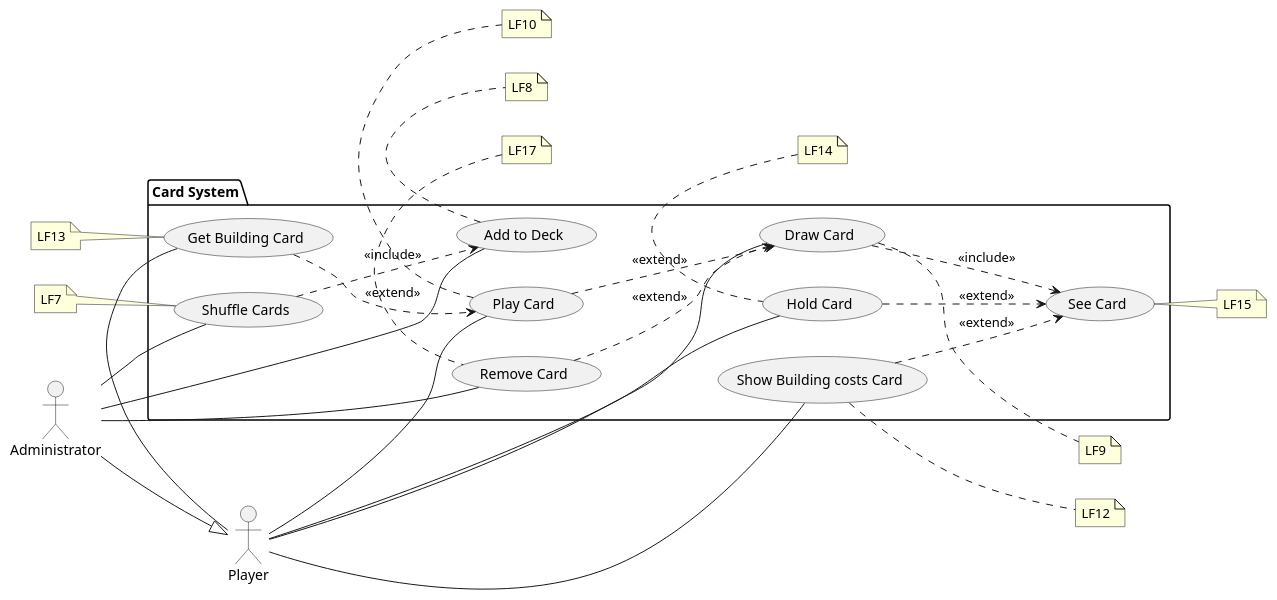
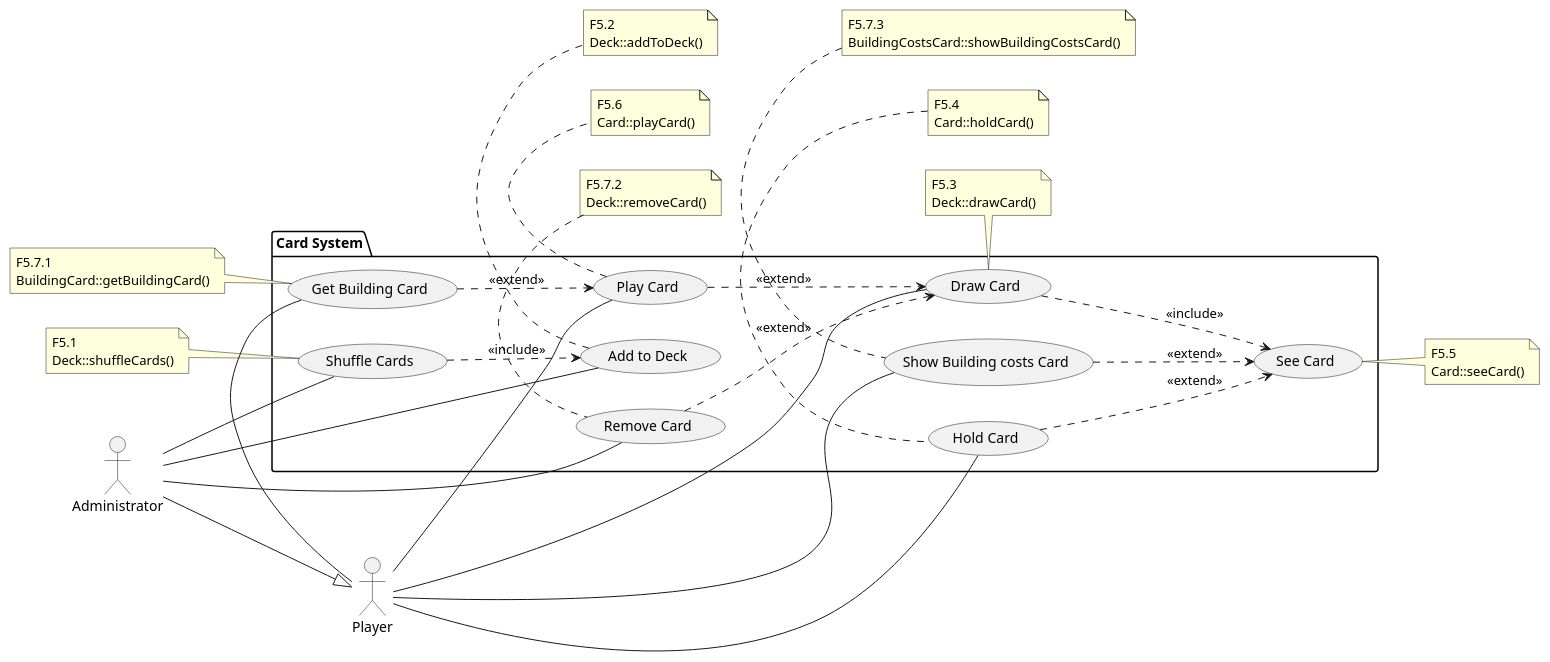
Before and after one commit to samshady/UML_Diagramme: the diagram in card_system_paket.puml, drawn with PlantUML. The commit also changed 4 other files, not shown here.

```diff
--- a/card_system_paket.puml
+++ b/card_system_paket.puml
@@ -1,45 +1,45 @@
 @startuml
 
 left to right direction
 
 actor Player
 actor Administrator
 package "Card System" {
   usecase "Draw Card"
   usecase "Play Card"
   usecase "See Card"
   usecase "Hold Card"
   usecase "Show Building costs Card"
   usecase "Shuffle Cards"
   usecase "Add to Deck"
   usecase "Get Building Card"
   usecase "Remove Card"
 }
 
 Player -- "Draw Card"
 Player -l- "Show Building costs Card"
 Player -- "Play Card"
 Player -- "Hold Card"
 Player -- "Get Building Card"
 Administrator -- "Shuffle Cards"
 Administrator -- "Add to Deck"
 Administrator -- "Remove Card"
 Administrator --|> Player
 
 "Play Card" ..> "Draw Card" : <<extend>>
 "Get Building Card" ..> "Play Card" : <<extend>>
 "Draw Card" ..> "See Card" : <<include>>
 "Hold Card" ..> "See Card" : <<extend>>
 "Show Building costs Card" ..> "See Card" : <<extend>>
 "Shuffle Cards" ..> "Add to Deck" : <<include>>
 "Remove Card" ..> "Draw Card" : <<extend>>
-note right of "Draw Card" : LF9
-note bottom of "Play Card" : LF10
-note right of "See Card" : LF15
-note top of "Hold Card" : LF14
-note right of "Show Building costs Card" : LF12
-note left of "Shuffle Cards" : LF7
-note bottom of "Add to Deck" : LF8
-note left of "Get Building Card" : LF13
-note top of "Remove Card" : LF17
+note top of "Draw Card" : F5.3 \nDeck::drawCard()
+note bottom of "Play Card" : F5.6 \nCard::playCard()
+note right of "See Card" : F5.5 \nCard::seeCard()
+note top of "Hold Card" : F5.4 \nCard::holdCard()
+note top of "Show Building costs Card" : F5.7.3 \nBuildingCostsCard::showBuildingCostsCard()
+note left of "Shuffle Cards" : F5.1 \nDeck::shuffleCards()
+note bottom of "Add to Deck" : F5.2 \nDeck::addToDeck()
+note left of "Get Building Card" : F5.7.1 \nBuildingCard::getBuildingCard()
+note top of "Remove Card" : F5.7.2 \nDeck::removeCard()
 @enduml
```
